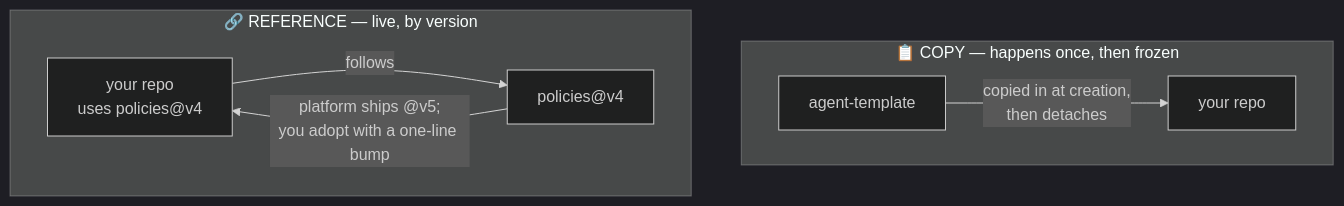
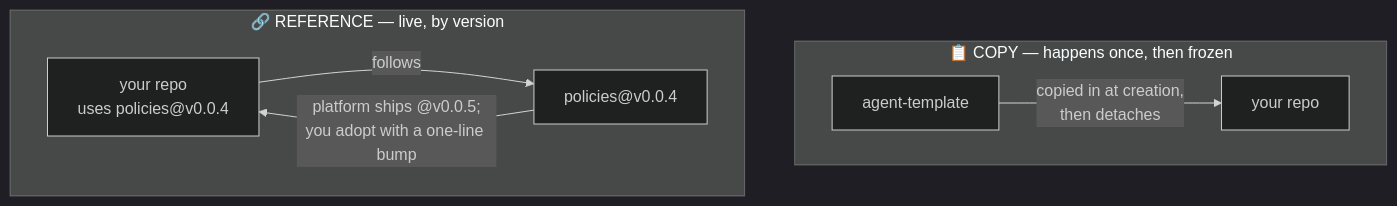
Before and after one commit to turingplanet/agent-legion: the second of 5 diagrams in README.md, drawn with Mermaid (dark theme). The commit also changed other lines of this file, not shown here.

````diff
--- a/README.md
+++ b/README.md
@@ -32,12 +32,12 @@
 ```mermaid
 flowchart TB
     subgraph COPY["📋 COPY — happens once, then frozen"]
         direction LR
         T["agent-template"] -- "copied in at creation,<br/>then detaches" --> Y["your repo"]
     end
     subgraph REF["🔗 REFERENCE — live, by version"]
         direction LR
-        Y2["your repo<br/>uses policies@v4"] -- "follows" --> P["policies@v4"]
-        P -- "platform ships @v5;<br/>you adopt with a one-line bump" --> Y2
+        Y2["your repo<br/>uses policies@v0.0.4"] -- "follows" --> P["policies@v0.0.4"]
+        P -- "platform ships @v0.0.5;<br/>you adopt with a one-line bump" --> Y2
     end
 ```
````
